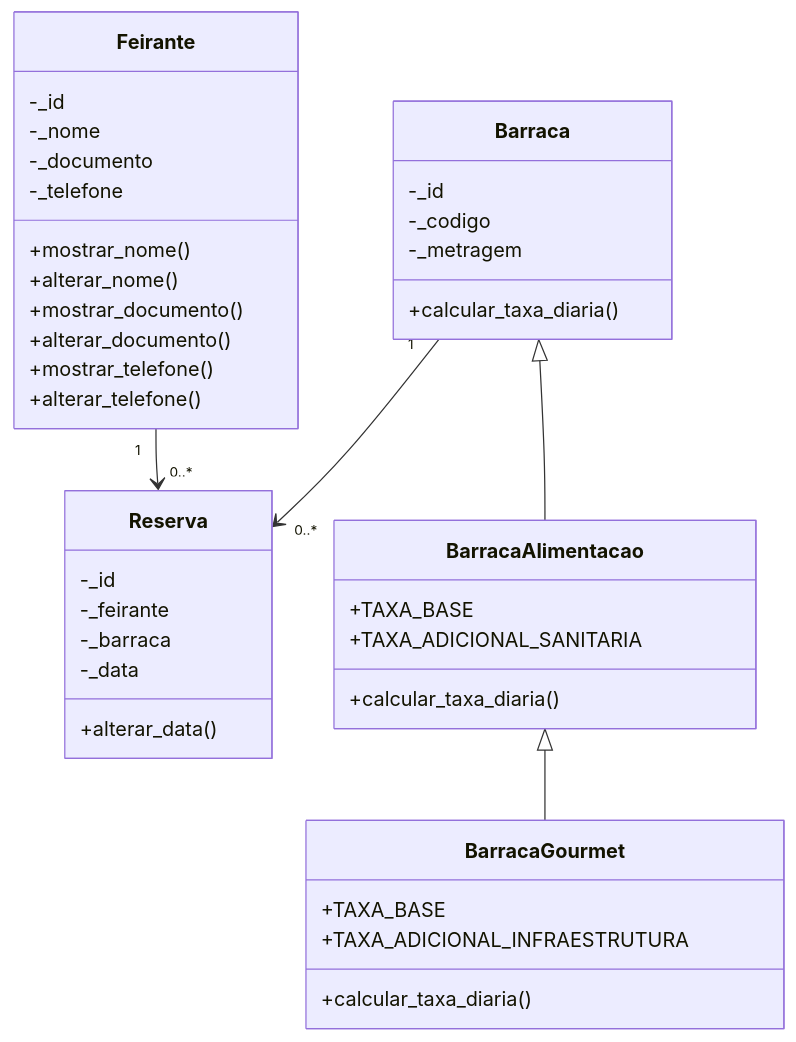
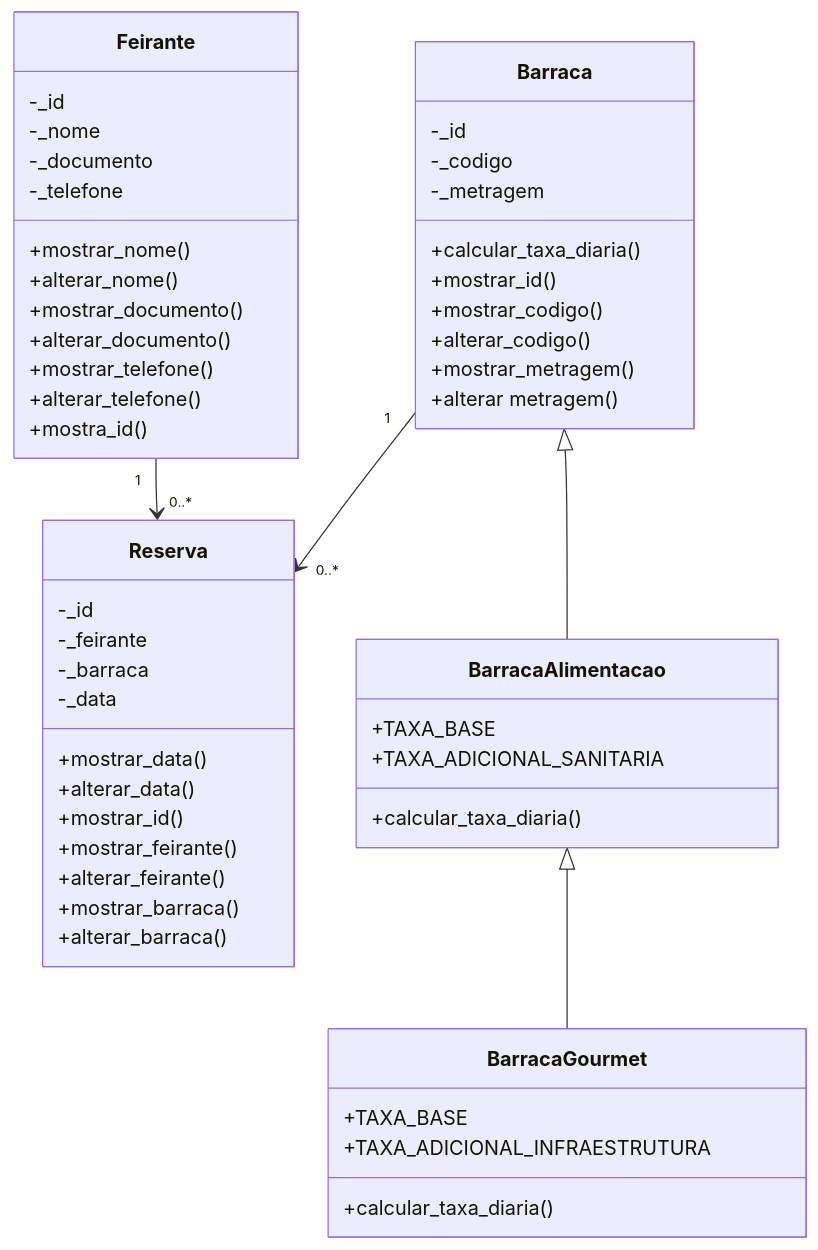
The diagram in README.md (Otavio-Cipriano/Feira-POO), drawn with Mermaid before and after one commit.

Commit message:
Enriquecendo o README com novas classes e métodos
Added new methods to classes for displaying and altering properties.

````diff
--- a/README.md
+++ b/README.md
@@ -125,47 +125,59 @@
 ```mermaid
 classDiagram
     class Feirante {
         -_id
         -_nome
         -_documento
         -_telefone
         +mostrar_nome()
         +alterar_nome()
         +mostrar_documento()
         +alterar_documento()
         +mostrar_telefone()
         +alterar_telefone()
+        +mostra_id()
     }
 
     class Barraca {
         -_id
         -_codigo
         -_metragem
         +calcular_taxa_diaria()
+        +mostrar_id()
+        +mostrar_codigo()
+        +alterar_codigo()
+        +mostrar_metragem()
+        +alterar metragem()
     }
 
     class BarracaAlimentacao {
         +TAXA_BASE
         +TAXA_ADICIONAL_SANITARIA
         +calcular_taxa_diaria()
     }
 
     class BarracaGourmet {
         +TAXA_BASE
         +TAXA_ADICIONAL_INFRAESTRUTURA
         +calcular_taxa_diaria()
     }
 
     class Reserva {
         -_id
         -_feirante
         -_barraca
         -_data
+        +mostrar_data()
         +alterar_data()
+        +mostrar_id()
+        +mostrar_feirante()
+        +alterar_feirante()
+        +mostrar_barraca()
+        +alterar_barraca()
     }
 
     Feirante "1" --> "0..*" Reserva
     Barraca "1" --> "0..*" Reserva
     Barraca <|-- BarracaAlimentacao
     BarracaAlimentacao <|-- BarracaGourmet
 ```
````
